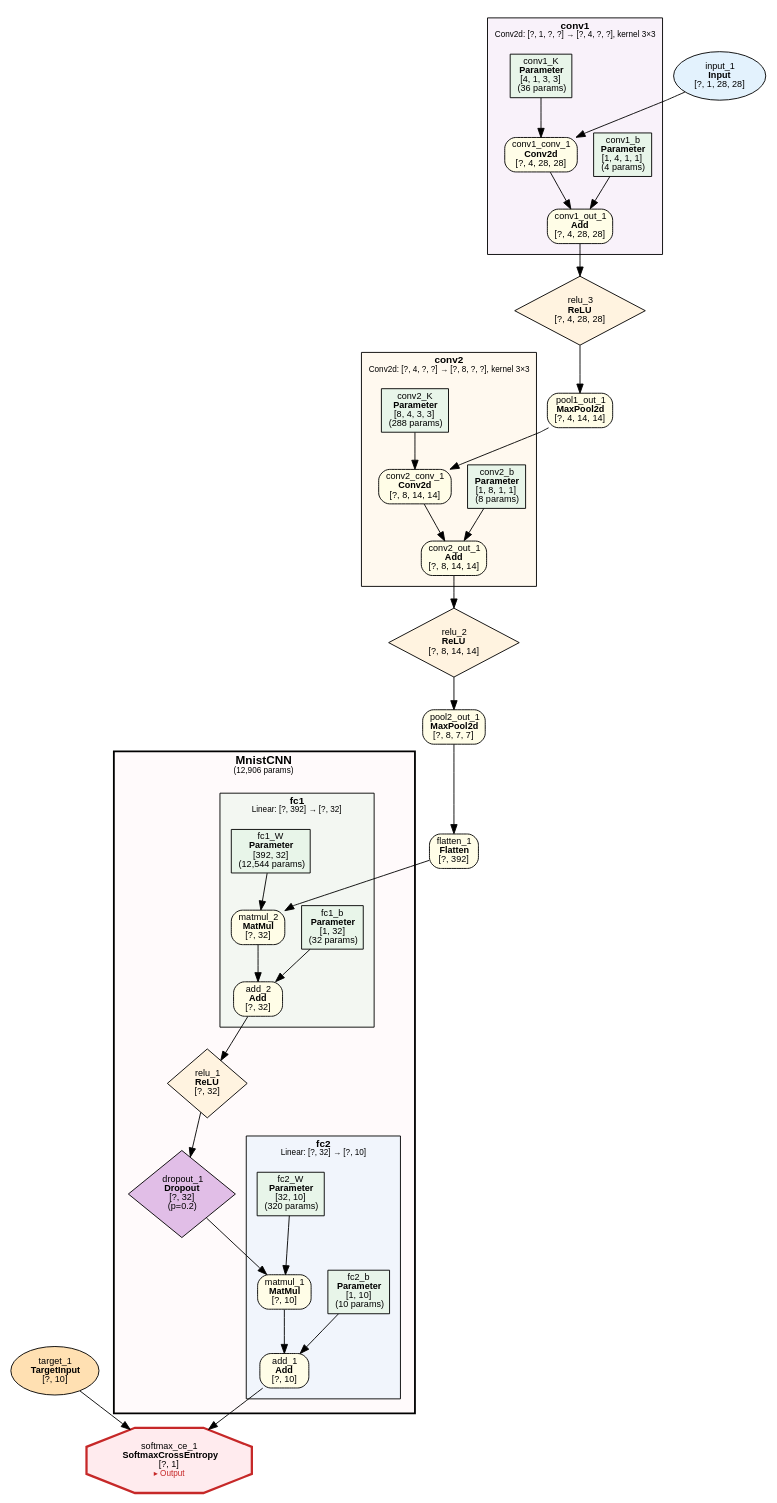
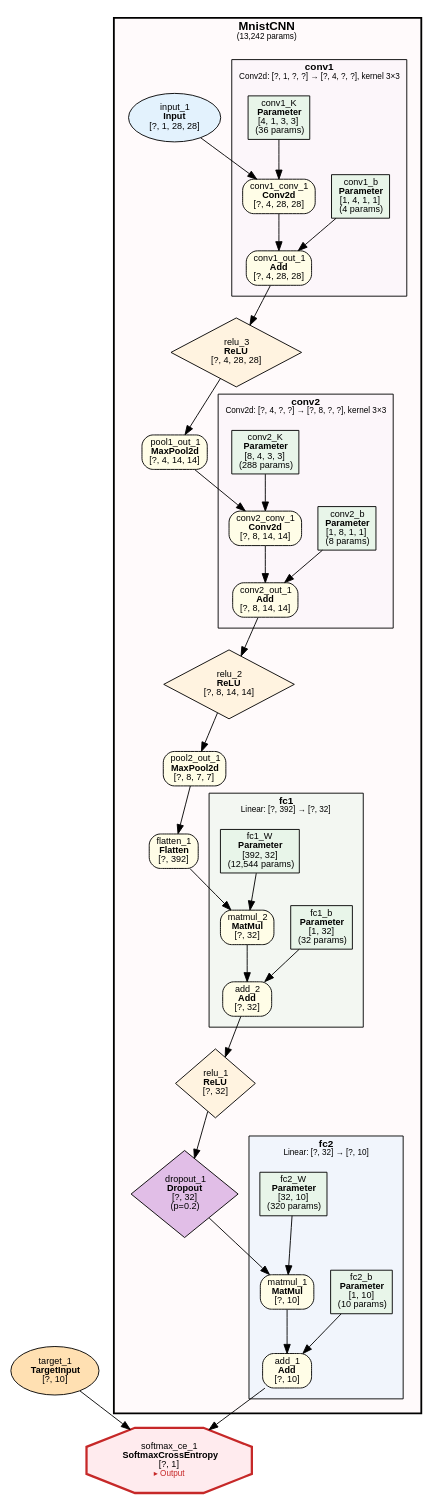
Before and after one commit to dbsxdbsx/only_torch: the diagram in examples/mnist_cnn/mnist_cnn.dot, drawn with Graphviz. The commit also changed 17 other files, not shown here.

```diff
--- a/examples/mnist_cnn/mnist_cnn.dot
+++ b/examples/mnist_cnn/mnist_cnn.dot
@@ -1,106 +1,106 @@
 digraph ComputeGraph {
     rankdir=TB;
     newrank=true;
     splines=polyline;
     node [fontname="Microsoft YaHei,SimHei,Arial"];
     edge [fontname="Microsoft YaHei,SimHei,Arial"];
 
     subgraph cluster_model_MnistCNN {
-        label=<<B>MnistCNN</B><BR/><FONT POINT-SIZE="9">(12,906 params)</FONT>>;
+        label=<<B>MnistCNN</B><BR/><FONT POINT-SIZE="9">(13,242 params)</FONT>>;
         style="filled,bold";
         fillcolor="#FFEBEE40";
         fontname="Microsoft YaHei,SimHei,Arial";
         fontsize=13;
         margin=16;
 
         subgraph cluster_MnistCNN_fc2 {
             label=<<B>fc2</B><BR/><FONT POINT-SIZE="9">Linear: [?, 32] → [?, 10]</FONT>>;
             style=filled;
             fillcolor="#E3F2FD80";
             fontname="Microsoft YaHei,SimHei,Arial";
             fontsize=11;
             margin=12;
                 "2" [label=<add_1<BR/><B>Add</B><BR/>[?, 10]> shape=box style="filled,rounded" fillcolor="#FFFDE7" fontsize=10];
                 "4" [label=<matmul_1<BR/><B>MatMul</B><BR/>[?, 10]> shape=box style="filled,rounded" fillcolor="#FFFDE7" fontsize=10];
                 "5" [label=<fc2_b<BR/><B>Parameter</B><BR/>[1, 10]<BR/>(10 params)> shape=box style=filled fillcolor="#E8F5E9" fontsize=10];
                 "7" [label=<fc2_W<BR/><B>Parameter</B><BR/>[32, 10]<BR/>(320 params)> shape=box style=filled fillcolor="#E8F5E9" fontsize=10];
         }
 
         subgraph cluster_MnistCNN_fc1 {
             label=<<B>fc1</B><BR/><FONT POINT-SIZE="9">Linear: [?, 392] → [?, 32]</FONT>>;
             style=filled;
             fillcolor="#E8F5E980";
             fontname="Microsoft YaHei,SimHei,Arial";
             fontsize=11;
             margin=12;
                 "9" [label=<add_2<BR/><B>Add</B><BR/>[?, 32]> shape=box style="filled,rounded" fillcolor="#FFFDE7" fontsize=10];
                 "10" [label=<matmul_2<BR/><B>MatMul</B><BR/>[?, 32]> shape=box style="filled,rounded" fillcolor="#FFFDE7" fontsize=10];
                 "11" [label=<fc1_b<BR/><B>Parameter</B><BR/>[1, 32]<BR/>(32 params)> shape=box style=filled fillcolor="#E8F5E9" fontsize=10];
                 "13" [label=<fc1_W<BR/><B>Parameter</B><BR/>[392, 32]<BR/>(12,544 params)> shape=box style=filled fillcolor="#E8F5E9" fontsize=10];
         }
 
+        subgraph cluster_MnistCNN_group_conv2d_1 {
+            label=<<B>conv2</B><BR/><FONT POINT-SIZE="9">Conv2d: [?, 4, ?, ?] → [?, 8, ?, ?], kernel 3×3</FONT>>;
+            style=filled;
+            fillcolor="#F3E5F540";
+            fontname="Microsoft YaHei,SimHei,Arial";
+            fontsize=11;
+            margin=12;
+                "16" [label=<conv2_out_1<BR/><B>Add</B><BR/>[?, 8, 14, 14]> shape=box style="filled,rounded" fillcolor="#FFFDE7" fontsize=10];
+                "17" [label=<conv2_conv_1<BR/><B>Conv2d</B><BR/>[?, 8, 14, 14]> shape=box style="filled,rounded" fillcolor="#FFFDE7" fontsize=10];
+                "18" [label=<conv2_b<BR/><B>Parameter</B><BR/>[1, 8, 1, 1]<BR/>(8 params)> shape=box style=filled fillcolor="#E8F5E9" fontsize=10];
+                "20" [label=<conv2_K<BR/><B>Parameter</B><BR/>[8, 4, 3, 3]<BR/>(288 params)> shape=box style=filled fillcolor="#E8F5E9" fontsize=10];
+        }
+
+        subgraph cluster_MnistCNN_group_conv2d_0 {
+            label=<<B>conv1</B><BR/><FONT POINT-SIZE="9">Conv2d: [?, 1, ?, ?] → [?, 4, ?, ?], kernel 3×3</FONT>>;
+            style=filled;
+            fillcolor="#F3E5F540";
+            fontname="Microsoft YaHei,SimHei,Arial";
+            fontsize=11;
+            margin=12;
+                "22" [label=<conv1_out_1<BR/><B>Add</B><BR/>[?, 4, 28, 28]> shape=box style="filled,rounded" fillcolor="#FFFDE7" fontsize=10];
+                "23" [label=<conv1_conv_1<BR/><B>Conv2d</B><BR/>[?, 4, 28, 28]> shape=box style="filled,rounded" fillcolor="#FFFDE7" fontsize=10];
+                "24" [label=<conv1_b<BR/><B>Parameter</B><BR/>[1, 4, 1, 1]<BR/>(4 params)> shape=box style=filled fillcolor="#E8F5E9" fontsize=10];
+                "26" [label=<conv1_K<BR/><B>Parameter</B><BR/>[4, 1, 3, 3]<BR/>(36 params)> shape=box style=filled fillcolor="#E8F5E9" fontsize=10];
+        }
+
         "6" [label=<dropout_1<BR/><B>Dropout</B><BR/>[?, 32]<BR/>(p=0.2)> shape=diamond style=filled fillcolor="#E1BEE7" fontsize=10];
         "8" [label=<relu_1<BR/><B>ReLU</B><BR/>[?, 32]> shape=diamond style=filled fillcolor="#FFF3E0" fontsize=10];
-    }
-
-    subgraph cluster_group_conv2d_1 {
-        label=<<B>conv2</B><BR/><FONT POINT-SIZE="9">Conv2d: [?, 4, ?, ?] → [?, 8, ?, ?], kernel 3×3</FONT>>;
-        style=filled;
-        fillcolor="#FFF3E080";
-        fontname="Microsoft YaHei,SimHei,Arial";
-        fontsize=11;
-        margin=12;
-            "16" [label=<conv2_out_1<BR/><B>Add</B><BR/>[?, 8, 14, 14]> shape=box style="filled,rounded" fillcolor="#FFFDE7" fontsize=10];
-            "17" [label=<conv2_conv_1<BR/><B>Conv2d</B><BR/>[?, 8, 14, 14]> shape=box style="filled,rounded" fillcolor="#FFFDE7" fontsize=10];
-            "18" [label=<conv2_b<BR/><B>Parameter</B><BR/>[1, 8, 1, 1]<BR/>(8 params)> shape=box style=filled fillcolor="#E8F5E9" fontsize=10];
-            "20" [label=<conv2_K<BR/><B>Parameter</B><BR/>[8, 4, 3, 3]<BR/>(288 params)> shape=box style=filled fillcolor="#E8F5E9" fontsize=10];
-    }
-
-    subgraph cluster_group_conv2d_0 {
-        label=<<B>conv1</B><BR/><FONT POINT-SIZE="9">Conv2d: [?, 1, ?, ?] → [?, 4, ?, ?], kernel 3×3</FONT>>;
-        style=filled;
-        fillcolor="#F3E5F580";
-        fontname="Microsoft YaHei,SimHei,Arial";
-        fontsize=11;
-        margin=12;
-            "22" [label=<conv1_out_1<BR/><B>Add</B><BR/>[?, 4, 28, 28]> shape=box style="filled,rounded" fillcolor="#FFFDE7" fontsize=10];
-            "23" [label=<conv1_conv_1<BR/><B>Conv2d</B><BR/>[?, 4, 28, 28]> shape=box style="filled,rounded" fillcolor="#FFFDE7" fontsize=10];
-            "24" [label=<conv1_b<BR/><B>Parameter</B><BR/>[1, 4, 1, 1]<BR/>(4 params)> shape=box style=filled fillcolor="#E8F5E9" fontsize=10];
-            "26" [label=<conv1_K<BR/><B>Parameter</B><BR/>[4, 1, 3, 3]<BR/>(36 params)> shape=box style=filled fillcolor="#E8F5E9" fontsize=10];
+        "12" [label=<flatten_1<BR/><B>Flatten</B><BR/>[?, 392]> shape=box style="filled,rounded" fillcolor="#FFFDE7" fontsize=10];
+        "14" [label=<pool2_out_1<BR/><B>MaxPool2d</B><BR/>[?, 8, 7, 7]> shape=box style="filled,rounded" fillcolor="#FFFDE7" fontsize=10];
+        "15" [label=<relu_2<BR/><B>ReLU</B><BR/>[?, 8, 14, 14]> shape=diamond style=filled fillcolor="#FFF3E0" fontsize=10];
+        "19" [label=<pool1_out_1<BR/><B>MaxPool2d</B><BR/>[?, 4, 14, 14]> shape=box style="filled,rounded" fillcolor="#FFFDE7" fontsize=10];
+        "21" [label=<relu_3<BR/><B>ReLU</B><BR/>[?, 4, 28, 28]> shape=diamond style=filled fillcolor="#FFF3E0" fontsize=10];
+        "25" [label=<input_1<BR/><B>Input</B><BR/>[?, 1, 28, 28]> shape=ellipse style=filled fillcolor="#E3F2FD" fontsize=10];
     }
 
     "1" [label=<softmax_ce_1<BR/><B>SoftmaxCrossEntropy</B><BR/>[?, 1]<BR/><FONT COLOR="#C62828" POINT-SIZE="9">▸ Output</FONT>> shape=octagon style=filled fillcolor="#FFEBEE" fontsize=10 penwidth=2.5 color="#C62828"];
     "3" [label=<target_1<BR/><B>TargetInput</B><BR/>[?, 10]> shape=ellipse style=filled fillcolor="#FFE0B2" fontsize=10];
-    "12" [label=<flatten_1<BR/><B>Flatten</B><BR/>[?, 392]> shape=box style="filled,rounded" fillcolor="#FFFDE7" fontsize=10];
-    "14" [label=<pool2_out_1<BR/><B>MaxPool2d</B><BR/>[?, 8, 7, 7]> shape=box style="filled,rounded" fillcolor="#FFFDE7" fontsize=10];
-    "15" [label=<relu_2<BR/><B>ReLU</B><BR/>[?, 8, 14, 14]> shape=diamond style=filled fillcolor="#FFF3E0" fontsize=10];
-    "19" [label=<pool1_out_1<BR/><B>MaxPool2d</B><BR/>[?, 4, 14, 14]> shape=box style="filled,rounded" fillcolor="#FFFDE7" fontsize=10];
-    "21" [label=<relu_3<BR/><B>ReLU</B><BR/>[?, 4, 28, 28]> shape=diamond style=filled fillcolor="#FFF3E0" fontsize=10];
-    "25" [label=<input_1<BR/><B>Input</B><BR/>[?, 1, 28, 28]> shape=ellipse style=filled fillcolor="#E3F2FD" fontsize=10];
 
     "2" -> "1";
     "3" -> "1";
     "4" -> "2";
     "5" -> "2";
     "6" -> "4";
     "7" -> "4";
     "8" -> "6";
     "9" -> "8";
     "10" -> "9";
     "11" -> "9";
     "12" -> "10";
     "13" -> "10";
     "14" -> "12";
     "15" -> "14";
     "16" -> "15";
     "17" -> "16";
     "18" -> "16";
     "19" -> "17";
     "20" -> "17";
     "21" -> "19";
     "22" -> "21";
     "23" -> "22";
     "24" -> "22";
     "25" -> "23";
     "26" -> "23";
 }
```
